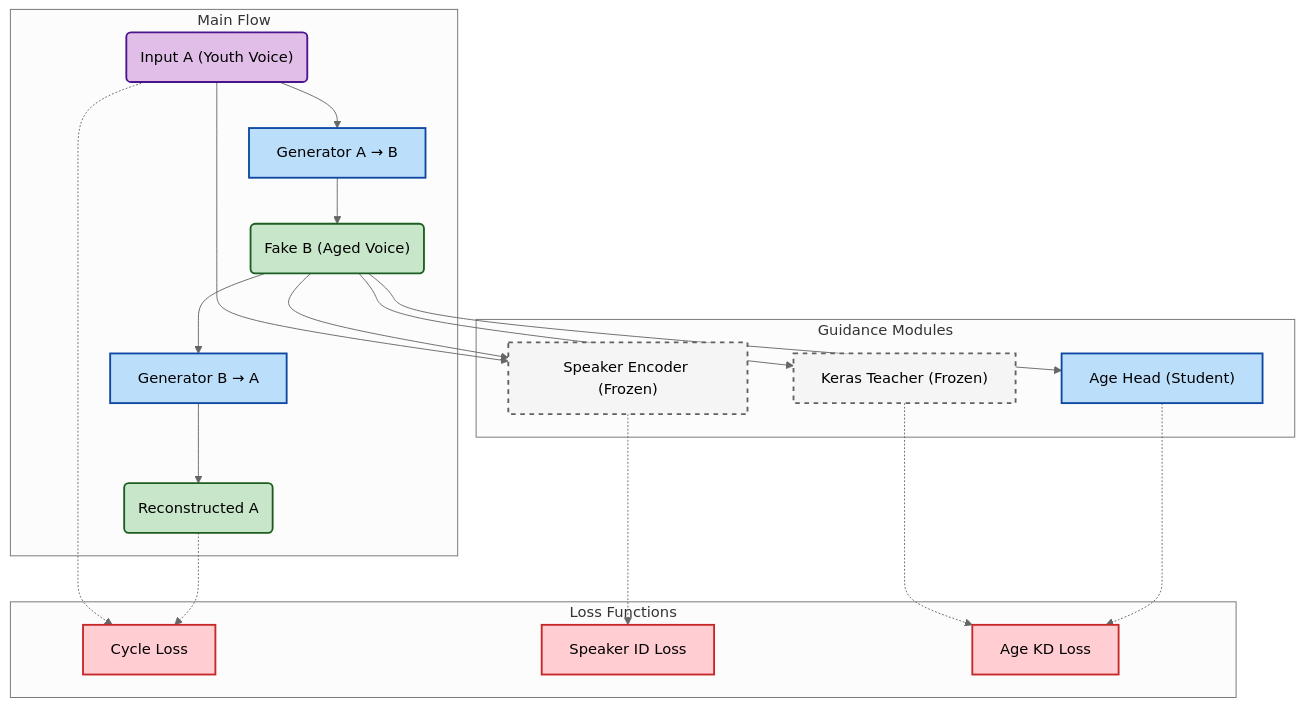
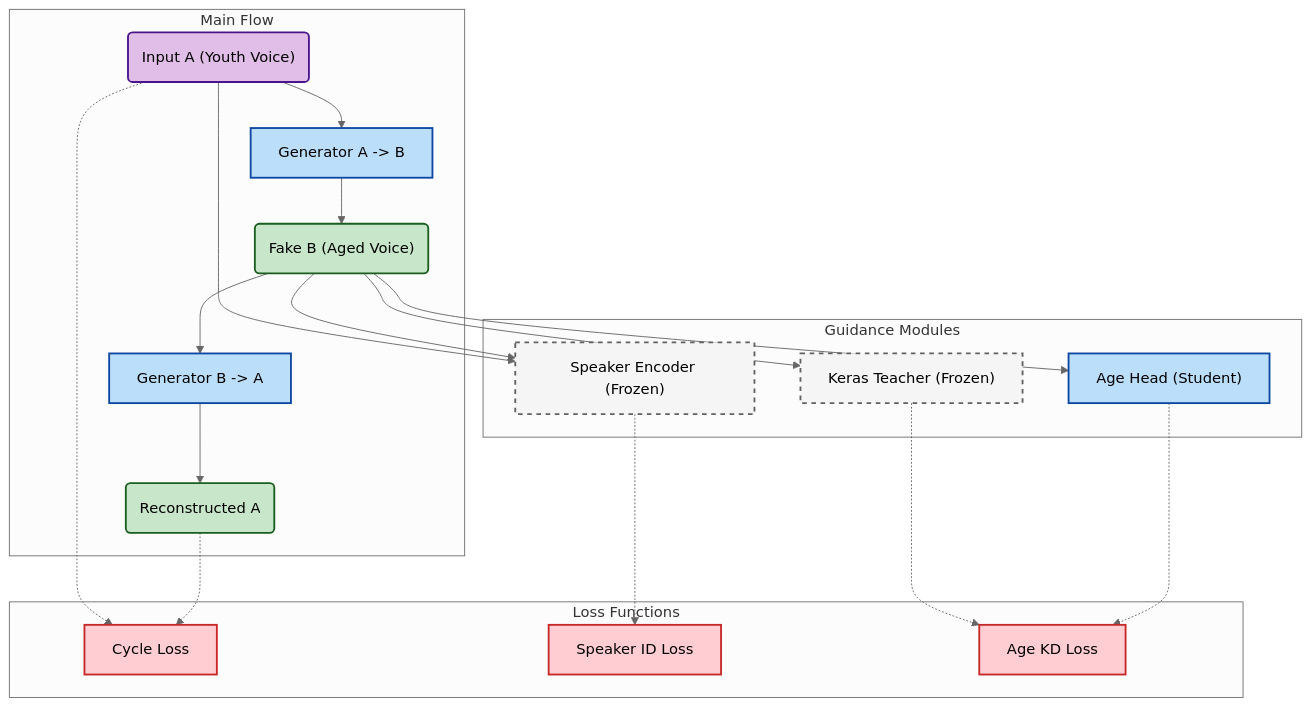
Before and after one commit to 1196cooky1196/aging-voice-singing-cover-and-synthesis: the diagram in README.md, drawn with Mermaid (neutral theme). The commit also changed other lines of this file, not shown here.

Commit message:
Fix Mermaid syntax and improve README clarity

````diff
--- a/README.md
+++ b/README.md
@@ -4,50 +4,47 @@
-```mermaid
+~~~mermaid
 graph TD
     %% 스타일 정의
     classDef input fill:#e1bee7,stroke:#4a148c,stroke-width:2px;
     classDef gen fill:#bbdefb,stroke:#0d47a1,stroke-width:2px;
     classDef fake fill:#c8e6c9,stroke:#1b5e20,stroke-width:2px;
     classDef frozen fill:#f5f5f5,stroke:#616161,stroke-width:2px,stroke-dasharray:5 5;
     classDef loss fill:#ffcdd2,stroke:#c62828,stroke-width:2px;
 
     %% 1) Main Flow (CycleGAN)
-    subgraph Main_Flow ["Main Flow"]
+    subgraph Main_Flow["Main Flow"]
         InputA("Input A (Youth Voice)"):::input
-        G_AB["Generator A → B"]:::gen
+        G_AB["Generator A -> B"]:::gen
         FakeB("Fake B (Aged Voice)"):::fake
-        G_BA["Generator B → A"]:::gen
+        G_BA["Generator B -> A"]:::gen
         RecA("Reconstructed A"):::fake
     end
 
     InputA --> G_AB --> FakeB --> G_BA --> RecA
 
     %% 2) Guidance Modules (Frozen & Student)
-    subgraph Guidance ["Guidance Modules"]
+    subgraph Guidance["Guidance Modules"]
         SE["Speaker Encoder (Frozen)"]:::frozen
         Teacher["Keras Teacher (Frozen)"]:::frozen
         AgeHead["Age Head (Student)"]:::gen
     end
 
     %% 3) Loss Functions
-    subgraph Loss_Function ["Loss Functions"]
+    subgraph Loss_Function["Loss Functions"]
         L_Cyc["Cycle Loss"]:::loss
         L_ID["Speaker ID Loss"]:::loss
         L_KD["Age KD Loss"]:::loss
     end
 
     %% --- Connections ---
-    %% Cycle Loss
     InputA -.-> L_Cyc
     RecA  -.-> L_Cyc
 
-    %% Speaker Identity
     InputA --> SE
-    FakeB  --> SE
+    FakeB --> SE
     SE -.-> L_ID
 
-    %% Knowledge Distillation
     FakeB --> Teacher
     FakeB --> AgeHead
     Teacher -.-> L_KD
     AgeHead -.-> L_KD
-```
+~~~
````
